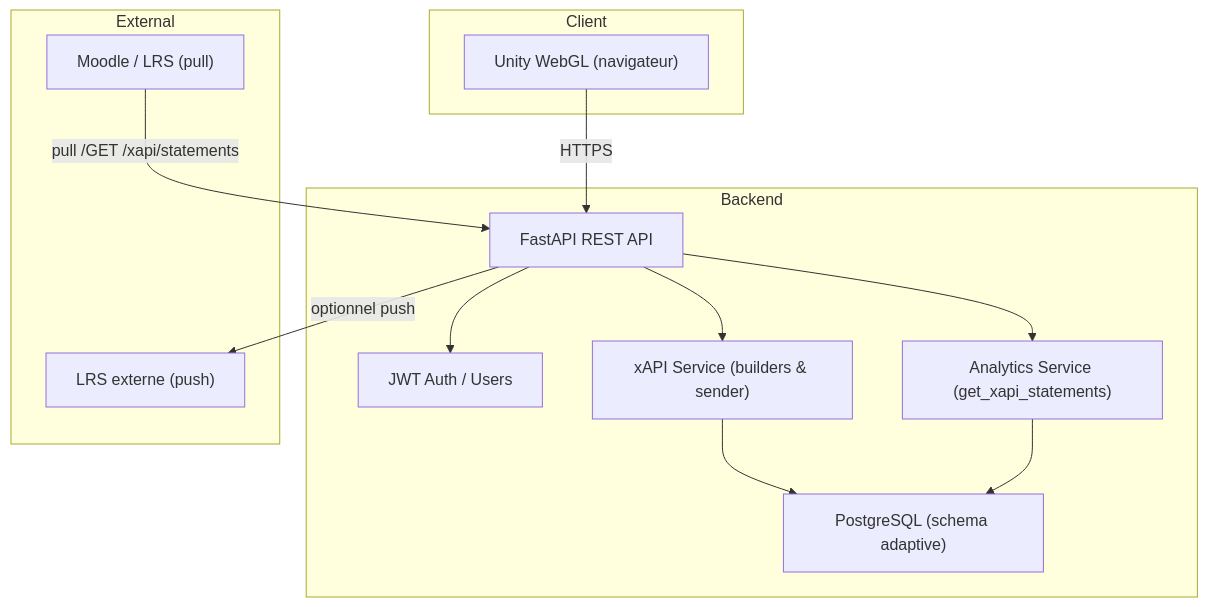
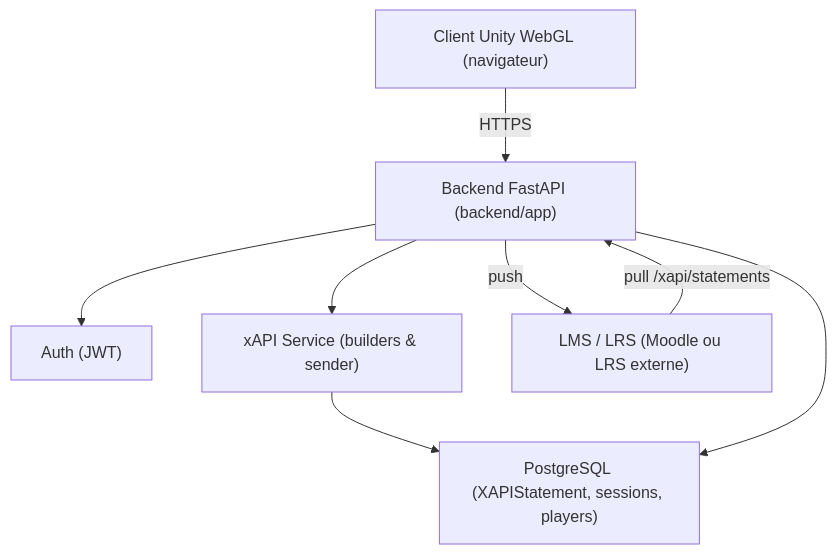
The first of 8 diagrams in README.md (Purple003/Directeur-de-Jeu--beta-version), drawn with Mermaid before and after one commit. The commit also changed other lines of this file, not shown here.

````diff
--- a/README.md
+++ b/README.md
@@ -158,27 +54,16 @@
 ```mermaid
-%% Diagramme d'architecture système du projet EduGame WebGL + LMS
 flowchart TB
-  subgraph Client
-    WebGL["Unity WebGL (navigateur)"]
-  end
-
-  subgraph Backend
-    API["FastAPI REST API"]
-    Auth["JWT Auth / Users"]
-    XAPIService["xAPI Service (builders & sender)"]
-    Analytics["Analytics Service (get_xapi_statements)"]
-    Storage["PostgreSQL (schema adaptive)"]
-  end
-
-  subgraph External
-    LMS["Moodle / LRS (pull)"]
-    LRSPush["LRS externe (push)"]
-  end
+  WebGL["Client Unity WebGL (navigateur)"]
+  API["Backend FastAPI (backend/app)"]
+  Auth["Auth (JWT)"]
+  XAPI["xAPI Service (builders & sender)"]
+  DB["PostgreSQL (XAPIStatement, sessions, players)"]
+  LMS["LMS / LRS (Moodle ou LRS externe)"]
 
   WebGL -->|HTTPS| API
   API --> Auth
-  API --> XAPIService --> Storage
-  API --> Analytics --> Storage
-  API -->|optionnel push| LRSPush
-  LMS -->|pull /GET /xapi/statements| API
+  API --> XAPI --> DB
+  API --> DB
+  API -->|push| LMS
+  LMS -->|pull /xapi/statements| API
 ```
````
